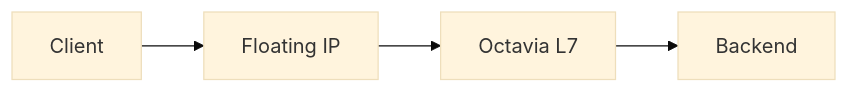
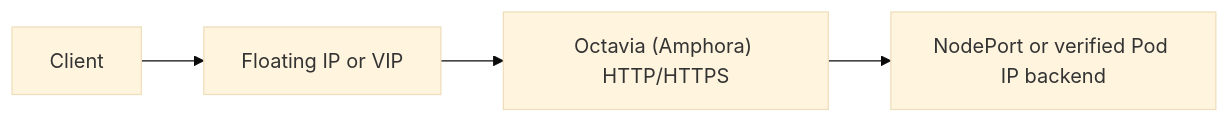
One commit to jihyun-huh/gateway-api-openstack changed the diagram in docs/design/architecture.md. Above: the diagram before and after it, drawn with Mermaid (base theme). The commit also changed other lines of this file and 10 other files, not shown here.

Commit message:
docs: Define the Amphora controller roadmap

````diff
--- a/docs/design/architecture.md
+++ b/docs/design/architecture.md
@@ -235,6 +488,6 @@
 ```mermaid
 flowchart LR
-    C["Client"] --> F["Floating IP"]
-    F --> O["Octavia L7"]
-    O --> B["Backend"]
+    C["Client"] --> A["Floating IP or VIP"]
+    A --> O["Octavia (Amphora) HTTP/HTTPS"]
+    O --> B["NodePort or verified Pod IP backend"]
 ```
````
